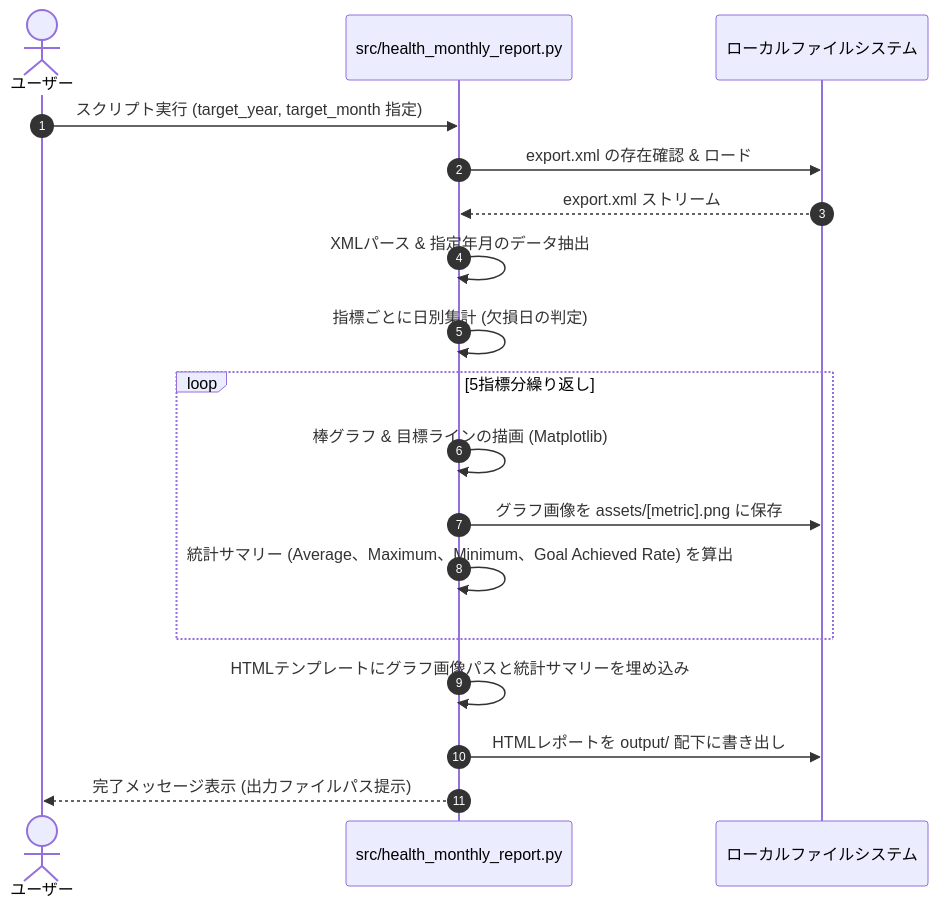
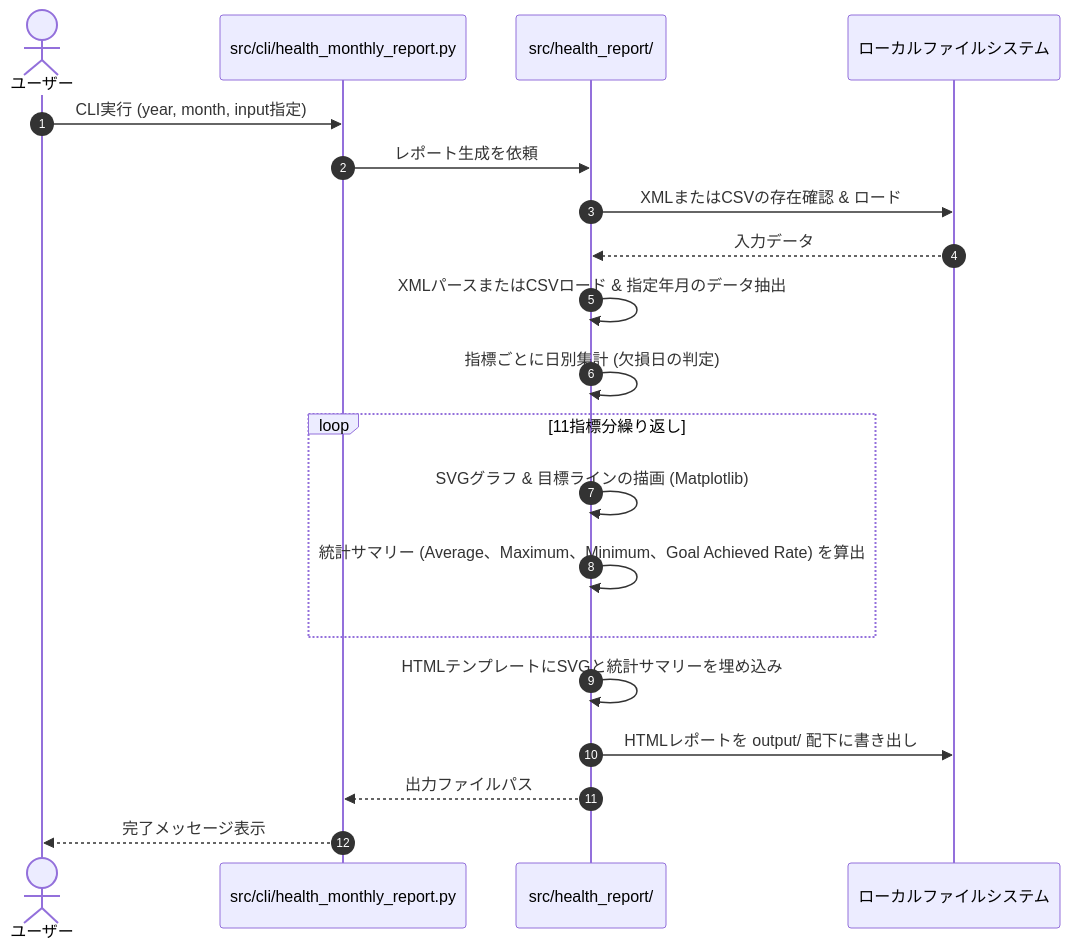
Before and after one commit to omotoshohei/14-apple-watch-health-tracker: the second of 2 diagrams in docs/functional-design.md, drawn with Mermaid. The commit also changed other lines of this file and 45 other files, not shown here.

````diff
--- a/docs/functional-design.md
+++ b/docs/functional-design.md
@@ -83,23 +89,25 @@
 ```mermaid
 sequenceDiagram
     autonumber
     actor User as ユーザー
-    participant Script as src/health_monthly_report.py
+    participant CLI as src/cli/health_monthly_report.py
+    participant Core as src/health_report/
     participant Files as ローカルファイルシステム
 
-    User->>Script: スクリプト実行 (target_year, target_month 指定)
-    Script->>Files: export.xml の存在確認 & ロード
-    Files-->>Script: export.xml ストリーム
-    Script->>Script: XMLパース & 指定年月のデータ抽出
-    Script->>Script: 指標ごとに日別集計 (欠損日の判定)
+    User->>CLI: CLI実行 (year, month, input指定)
+    CLI->>Core: レポート生成を依頼
+    Core->>Files: XMLまたはCSVの存在確認 & ロード
+    Files-->>Core: 入力データ
+    Core->>Core: XMLパースまたはCSVロード & 指定年月のデータ抽出
+    Core->>Core: 指標ごとに日別集計 (欠損日の判定)
     
-    loop 5指標分繰り返し
-        Script->>Script: 棒グラフ & 目標ラインの描画 (Matplotlib)
-        Script->>Files: グラフ画像を assets/[metric].png に保存
-        Script->>Script: 統計サマリー (Average、Maximum、Minimum、Goal Achieved Rate) を算出
+    loop 11指標分繰り返し
+        Core->>Core: SVGグラフ & 目標ラインの描画 (Matplotlib)
+        Core->>Core: 統計サマリー (Average、Maximum、Minimum、Goal Achieved Rate) を算出
     end
 
-    Script->>Script: HTMLテンプレートにグラフ画像パスと統計サマリーを埋め込み
-    Script->>Files: HTMLレポートを output/ 配下に書き出し
-    Script-->>User: 完了メッセージ表示 (出力ファイルパス提示)
+    Core->>Core: HTMLテンプレートにSVGと統計サマリーを埋め込み
+    Core->>Files: HTMLレポートを output/ 配下に書き出し
+    Core-->>CLI: 出力ファイルパス
+    CLI-->>User: 完了メッセージ表示
 ```
````
